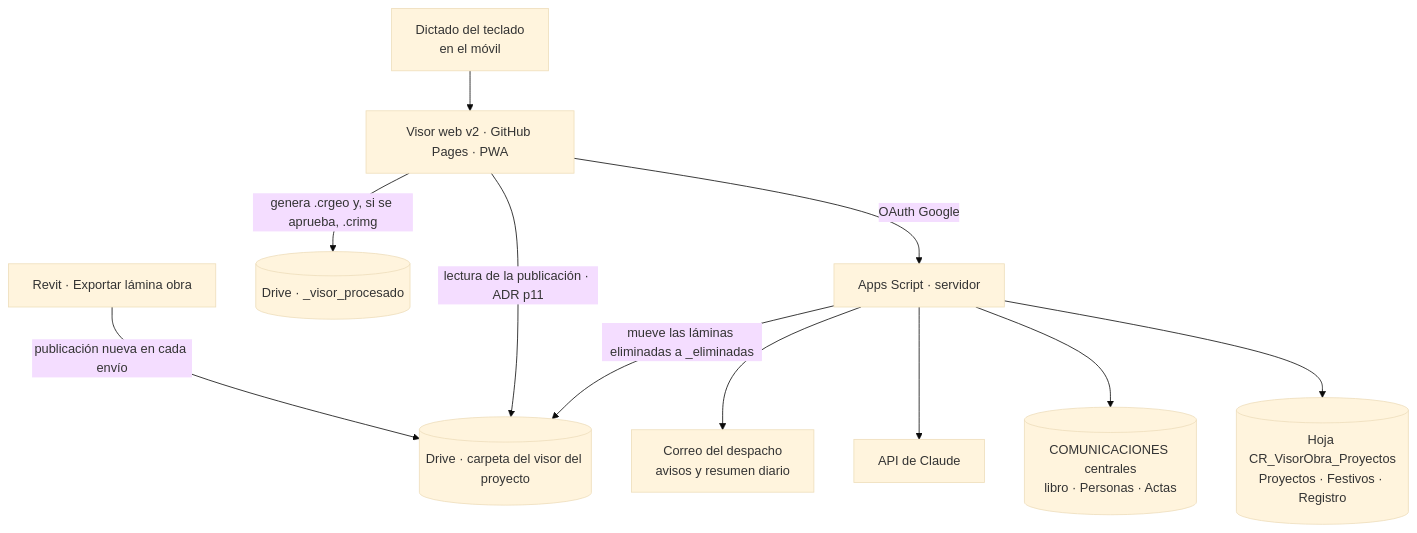
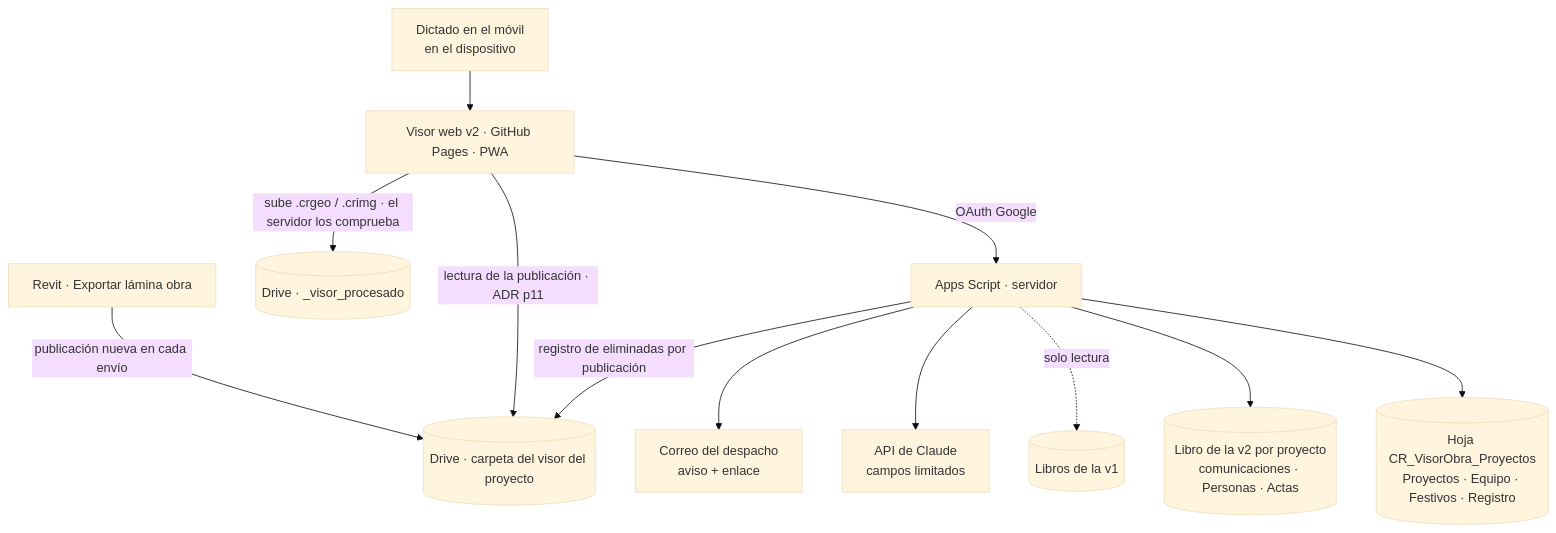
Before and after one commit to dsegarra-dev/visor-obra: the second of 2 diagrams in docs/specs/CR_ESP_VisorObra_PO_v2.0.md, drawn with Mermaid (base theme). The commit also changed other lines of this file and 14 other files, not shown here.

````diff
--- a/docs/specs/CR_ESP_VisorObra_PO_v2.0.md
+++ b/docs/specs/CR_ESP_VisorObra_PO_v2.0.md
@@ -204,13 +250,14 @@
 ```mermaid
 flowchart TB
   R[Revit · Exportar lámina obra] -->|publicación nueva en cada envío| D[(Drive · carpeta del visor del proyecto)]
   V[Visor web v2 · GitHub Pages · PWA] -->|OAuth Google| S[Apps Script · servidor]
-  S --> H[(Hoja CR_VisorObra_Proyectos<br/>Proyectos · Festivos · Registro)]
-  S --> C[(COMUNICACIONES centrales<br/>libro · Personas · Actas)]
-  S --> AI[API de Claude]
-  S --> M[Correo del despacho<br/>avisos y resumen diario]
-  S -->|mueve las láminas eliminadas a _eliminadas| D
+  S --> H[(Hoja CR_VisorObra_Proyectos<br/>Proyectos · Equipo · Festivos · Registro)]
+  S --> C[(Libro de la v2 por proyecto<br/>comunicaciones · Personas · Actas)]
+  S -.->|solo lectura| C1[(Libros de la v1)]
+  S --> AI[API de Claude<br/>campos limitados]
+  S --> M[Correo del despacho<br/>aviso + enlace]
+  S -->|registro de eliminadas por publicación| D
   V -->|lectura de la publicación · ADR p11| D
-  V -->|genera .crgeo y, si se aprueba, .crimg| P[(Drive · _visor_procesado)]
-  T[Dictado del teclado<br/>en el móvil] --> V
+  V -->|sube .crgeo / .crimg · el servidor los comprueba| P[(Drive · _visor_procesado)]
+  T[Dictado en el móvil<br/>en el dispositivo] --> V
 ```
````
